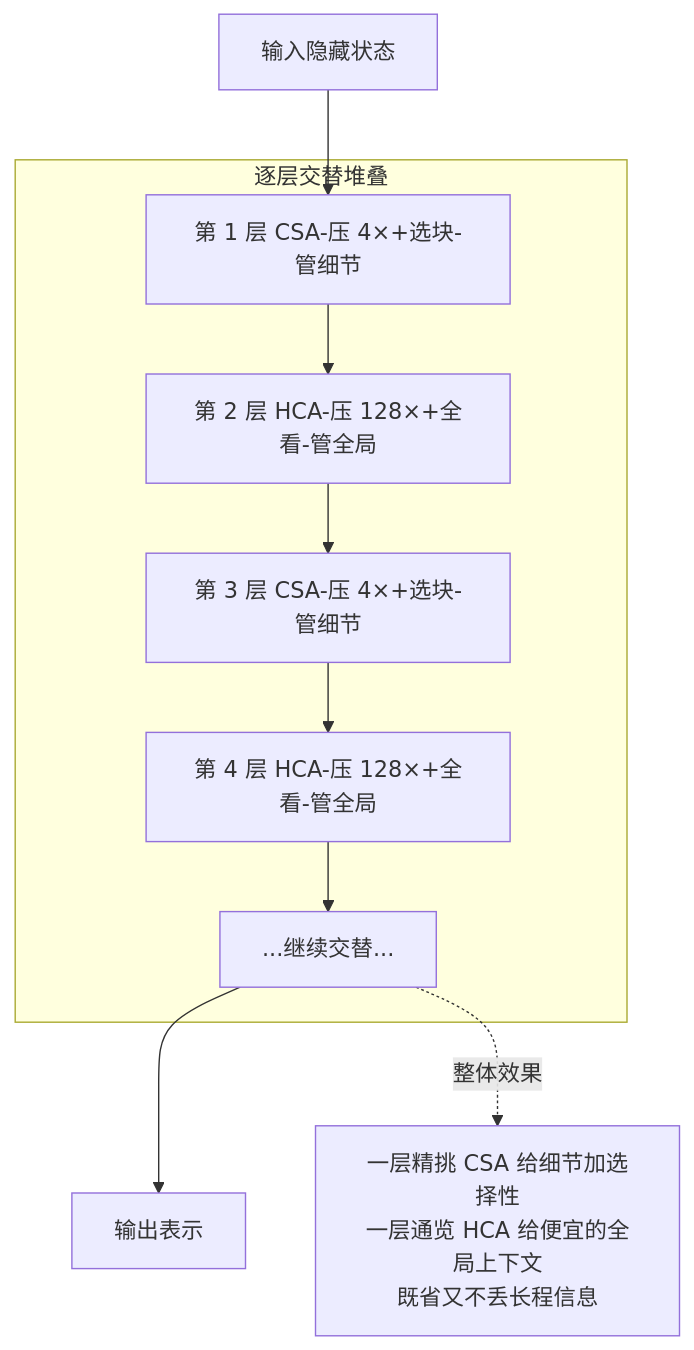
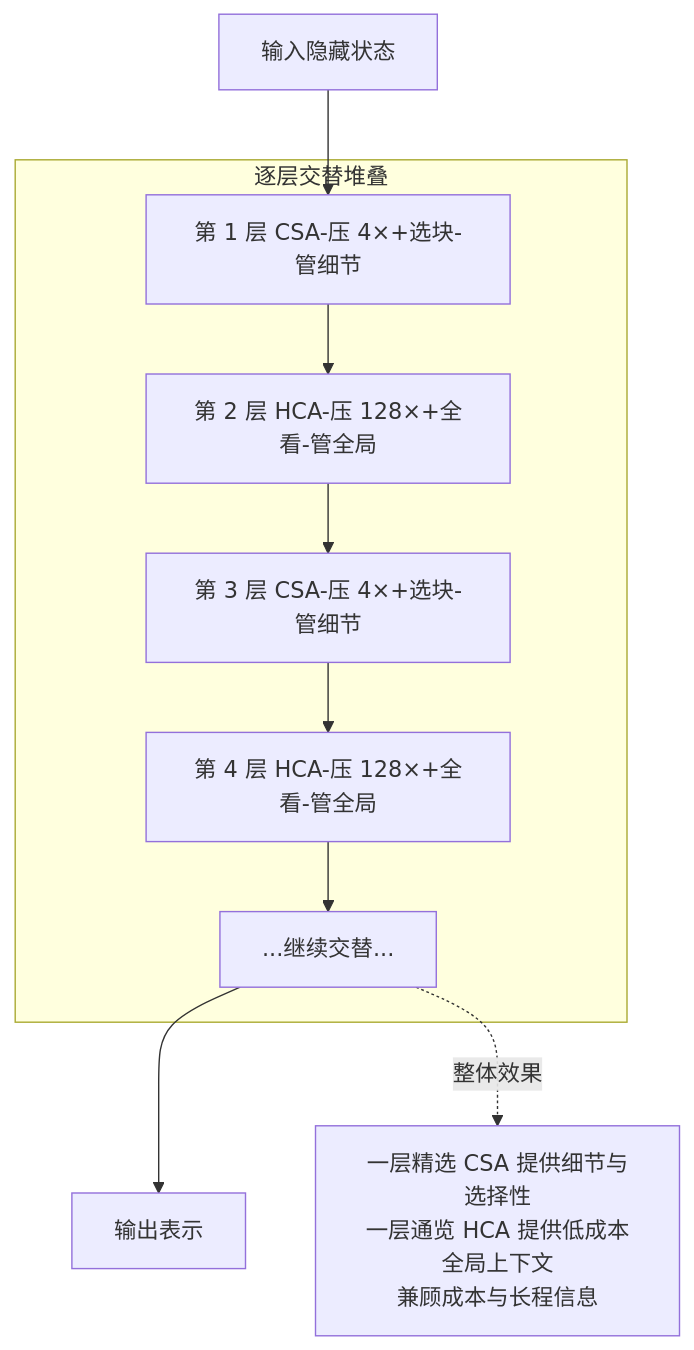
The first of 5 diagrams in docs/blog/dispatch-05-deepseek-v4.md (lloo099/mission44), drawn with Mermaid before and after one commit. The commit also changed other lines of this file and 24 other files, not shown here.

Commit message:
全站文风统一:29 篇按'专业简洁、去口语化'标准批量修订 — 确定性替换 100 处(崩法→失稳模式/洼地→空白领域/占坑→公开工作/黑箱→未公开/datatype 动物园→谱系/押注→投入/护城河→竞争壁垒 等)+ 8 个编辑 agent 分批逐句精修(D24 单篇 38 处;两轮均遇用量上限中断后续跑完成)+ blog.json 摘要 6 处 + 综述残留 2 处. 术语全站一致化; 29 文件 mermaid 全验证 0 errors; 快照页同步重建

````diff
--- a/docs/blog/dispatch-05-deepseek-v4.md
+++ b/docs/blog/dispatch-05-deepseek-v4.md
@@ -29,15 +29,15 @@
 ```mermaid
 flowchart TB
     Input["输入隐藏状态"]
     subgraph Stack ["逐层交替堆叠"]
         L1["第 1 层 CSA-压 4×+选块-管细节"]
         L2["第 2 层 HCA-压 128×+全看-管全局"]
         L3["第 3 层 CSA-压 4×+选块-管细节"]
         L4["第 4 层 HCA-压 128×+全看-管全局"]
         L5["...继续交替..."]
     end
     Output["输出表示"]
     Input --> L1 --> L2 --> L3 --> L4 --> L5 --> Output
-    Note["一层精挑 CSA 给细节加选择性<br/>一层通览 HCA 给便宜的全局上下文<br/>既省又不丢长程信息"]
+    Note["一层精选 CSA 提供细节与选择性<br/>一层通览 HCA 提供低成本全局上下文<br/>兼顾成本与长程信息"]
     L5 -. "整体效果" .-> Note
 ```
````
